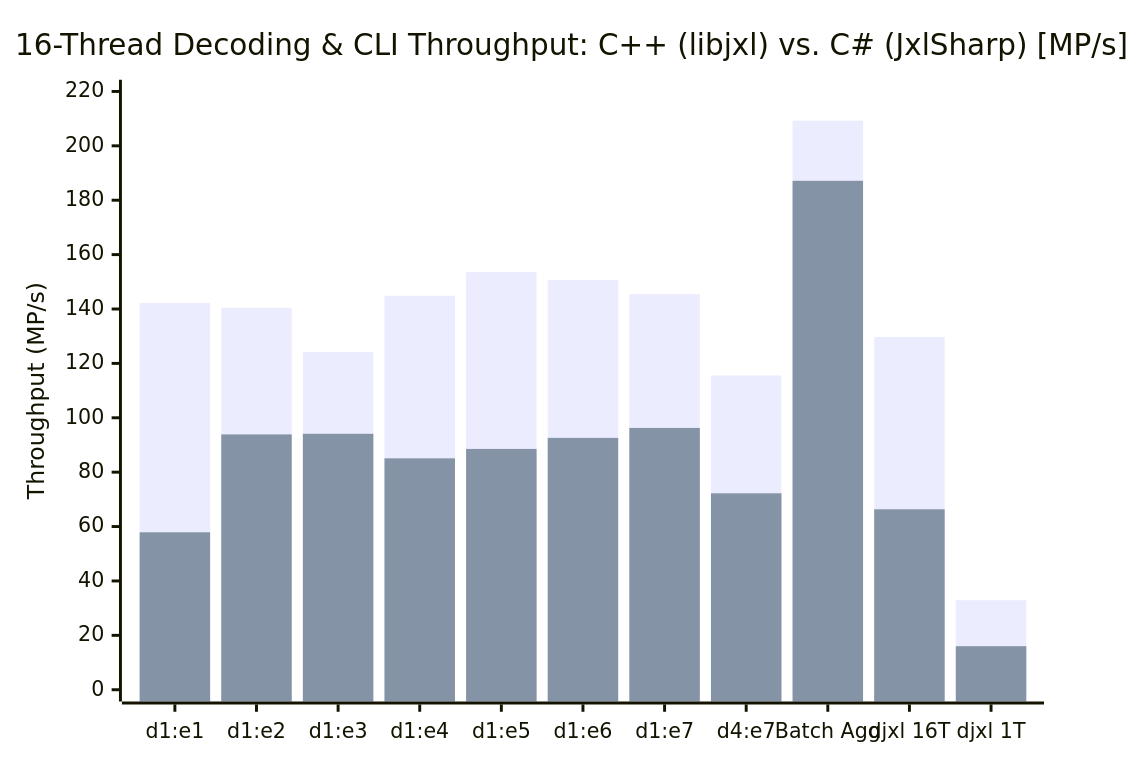
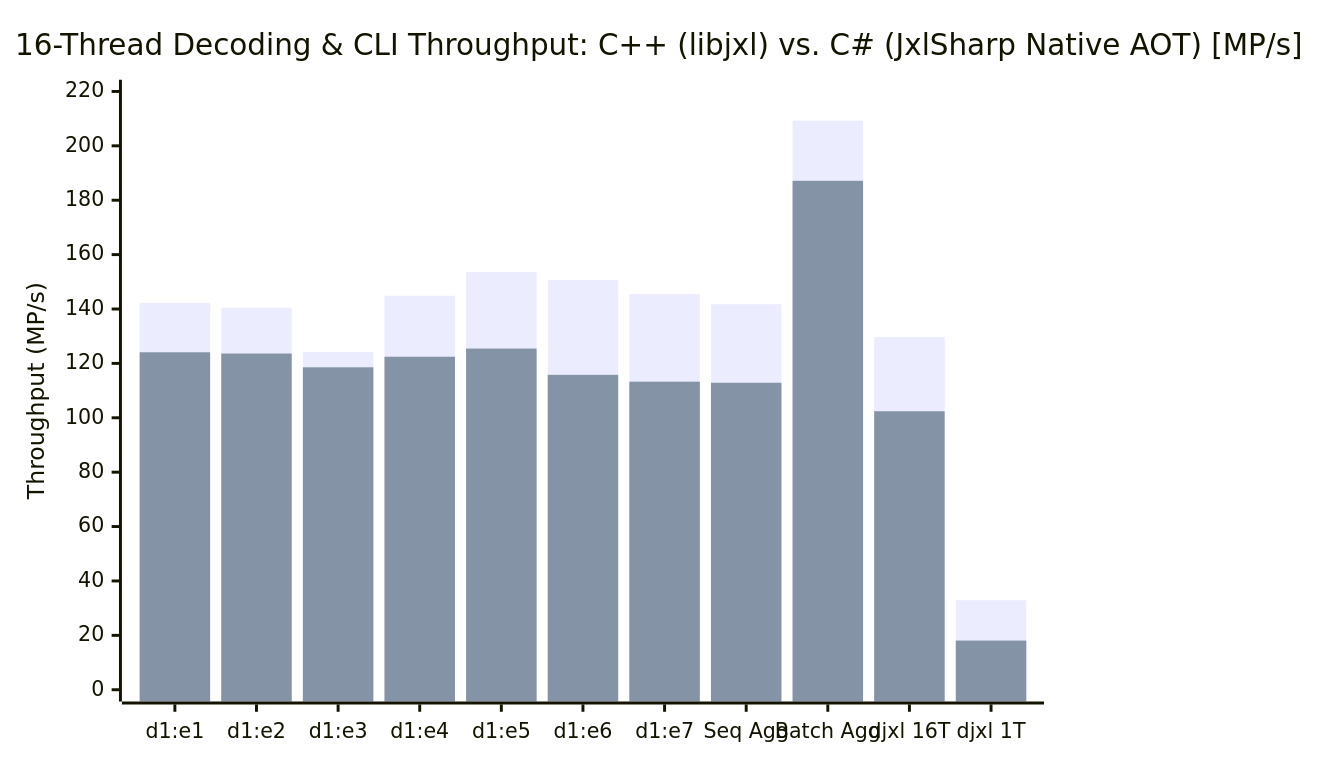
One commit to Hefaistos68/jxlsharp changed the second of 2 diagrams in benchmark.md. Above: the diagram before and after it, drawn with Mermaid. The commit also changed other lines of this file and 41 other files, not shown here.

````diff
--- a/benchmark.md
+++ b/benchmark.md
@@ -181,8 +238,8 @@
 ```mermaid
 xychart-beta
-    title "16-Thread Decoding & CLI Throughput: C++ (libjxl) vs. C# (JxlSharp) [MP/s]"
-    x-axis ["d1:e1", "d1:e2", "d1:e3", "d1:e4", "d1:e5", "d1:e6", "d1:e7", "d4:e7", "Batch Agg", "djxl 16T", "djxl 1T"]
+    title "16-Thread Decoding & CLI Throughput: C++ (libjxl) vs. C# (JxlSharp Native AOT) [MP/s]"
+    x-axis ["d1:e1", "d1:e2", "d1:e3", "d1:e4", "d1:e5", "d1:e6", "d1:e7", "Seq Agg", "Batch Agg", "djxl 16T", "djxl 1T"]
     y-axis "Throughput (MP/s)" 0 --> 220
-    bar [142.26, 140.48, 124.18, 144.88, 153.56, 150.67, 145.46, 115.53, 209.26, 129.69, 32.93]
-    bar [57.88, 93.88, 94.11, 85.09, 88.55, 92.61, 96.27, 72.23, 187.14, 66.35, 16.01]
+    bar [142.26, 140.48, 124.18, 144.88, 153.56, 150.67, 145.46, 141.78, 209.26, 129.69, 32.93]
+    bar [124.09, 123.63, 118.56, 122.45, 125.45, 115.79, 113.27, 112.88, 187.14, 102.39, 18.08]
 ```
````
